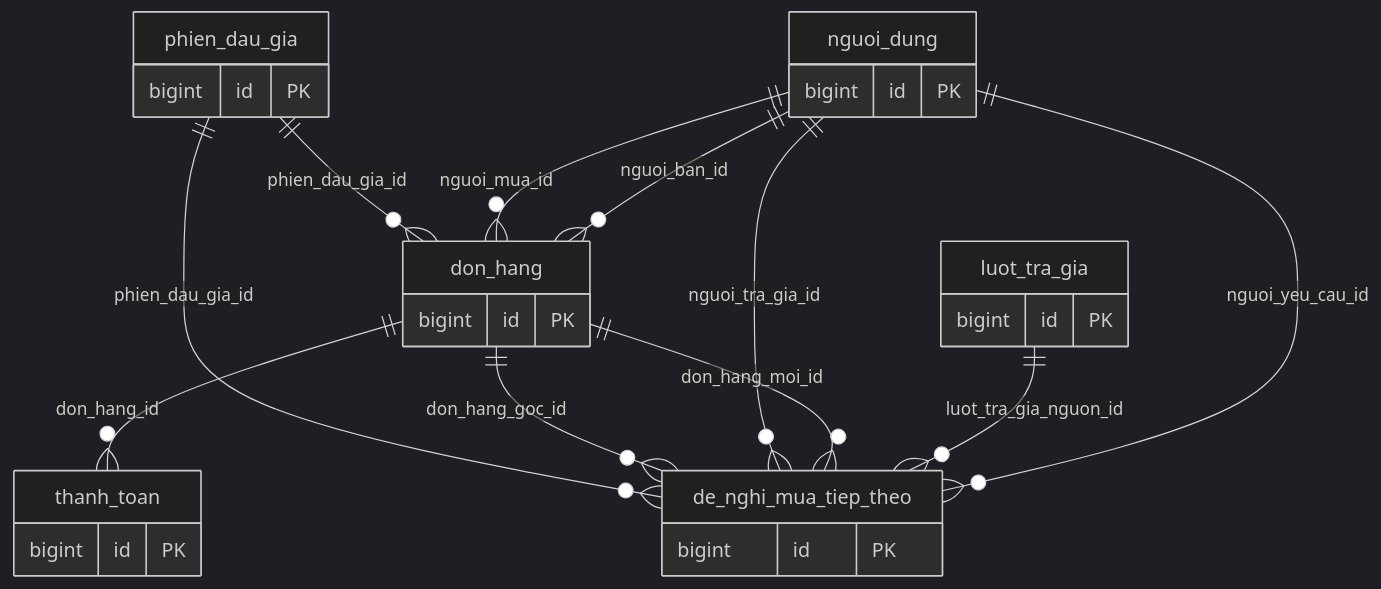
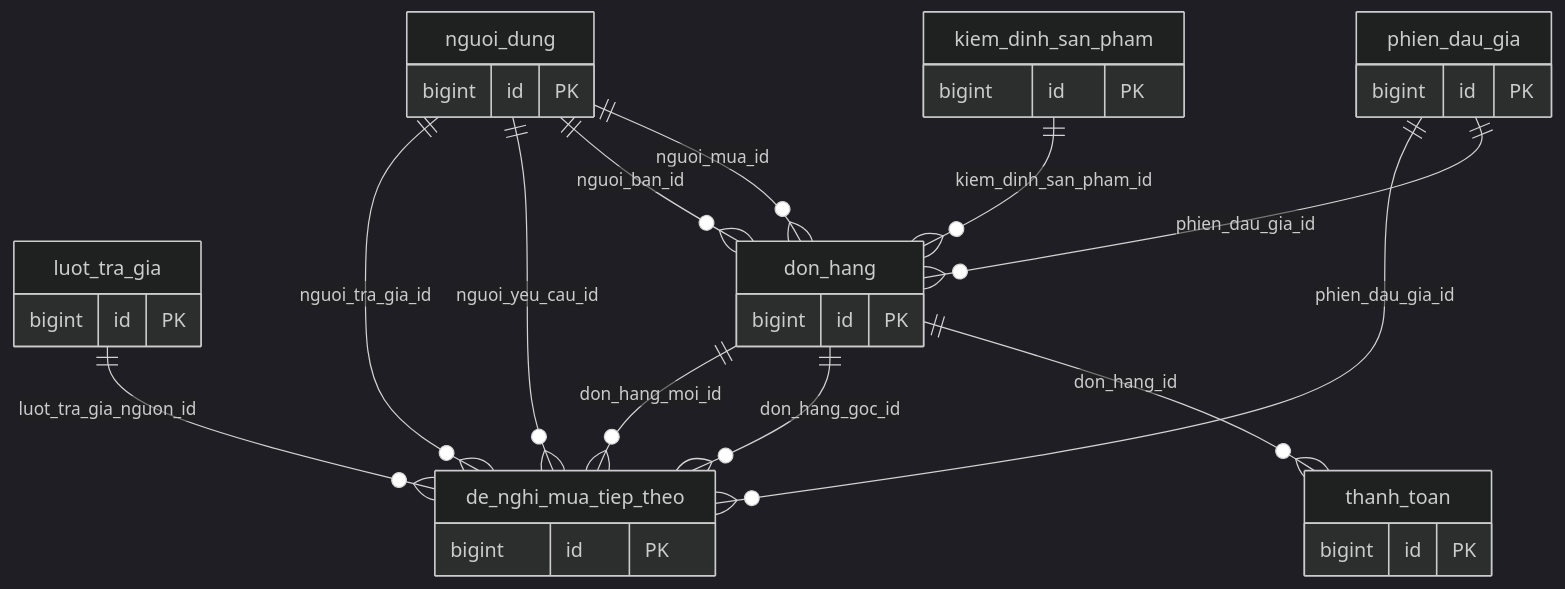
Before and after one commit to NguyenQuocViet26122005/DoAn4_HeThongDauGiaTrucTuyen: the fourth of 9 diagrams in co-so-du-lieu/SO-DO-QUAN-HE.md, drawn with Mermaid (dark theme). The commit also changed other lines of this file and 106 other files, not shown here.

````diff
--- a/co-so-du-lieu/SO-DO-QUAN-HE.md
+++ b/co-so-du-lieu/SO-DO-QUAN-HE.md
@@ -71,31 +71,35 @@
 ```mermaid
 erDiagram
     nguoi_dung {
         bigint id PK
     }
     phien_dau_gia {
         bigint id PK
     }
     luot_tra_gia {
         bigint id PK
     }
     don_hang {
         bigint id PK
     }
     thanh_toan {
         bigint id PK
     }
     de_nghi_mua_tiep_theo {
         bigint id PK
     }
+    kiem_dinh_san_pham {
+        bigint id PK
+    }
+    kiem_dinh_san_pham ||--o{ don_hang : "kiem_dinh_san_pham_id"
     phien_dau_gia ||--o{ don_hang : "phien_dau_gia_id"
     nguoi_dung ||--o{ don_hang : "nguoi_mua_id"
     nguoi_dung ||--o{ don_hang : "nguoi_ban_id"
     don_hang ||--o{ thanh_toan : "don_hang_id"
-    phien_dau_gia ||--o{ de_nghi_mua_tiep_theo : "phien_dau_gia_id"
-    don_hang ||--o{ de_nghi_mua_tiep_theo : "don_hang_goc_id"
-    nguoi_dung ||--o{ de_nghi_mua_tiep_theo : "nguoi_tra_gia_id"
-    don_hang ||--o{ de_nghi_mua_tiep_theo : "don_hang_moi_id"
     luot_tra_gia ||--o{ de_nghi_mua_tiep_theo : "luot_tra_gia_nguon_id"
     nguoi_dung ||--o{ de_nghi_mua_tiep_theo : "nguoi_yeu_cau_id"
+    phien_dau_gia ||--o{ de_nghi_mua_tiep_theo : "phien_dau_gia_id"
+    nguoi_dung ||--o{ de_nghi_mua_tiep_theo : "nguoi_tra_gia_id"
+    don_hang ||--o{ de_nghi_mua_tiep_theo : "don_hang_goc_id"
+    don_hang ||--o{ de_nghi_mua_tiep_theo : "don_hang_moi_id"
 ```
````
